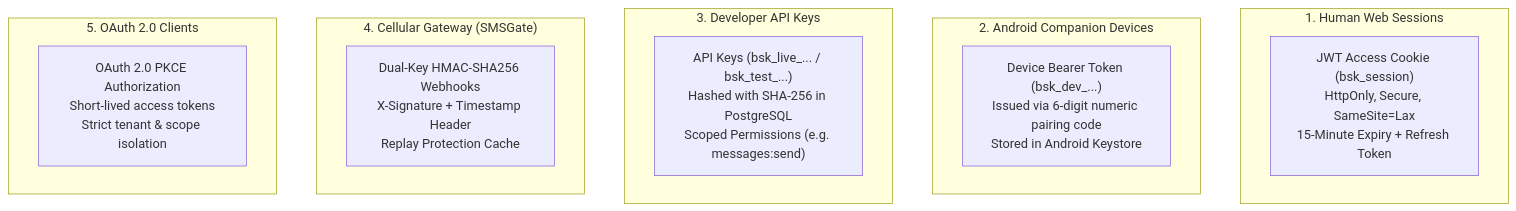
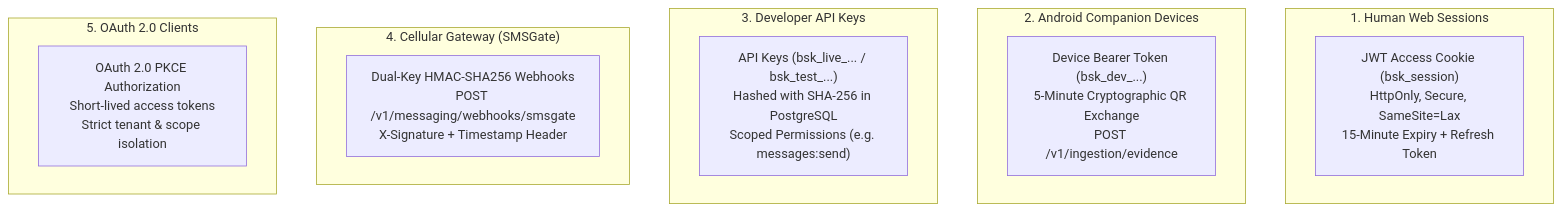
One commit to realmadede/BriskSMS changed the diagram in docs/reports/STAGING_SECURITY_CHECKLIST.md. Above: the diagram before and after it, drawn with Mermaid. The commit also changed other lines of this file and 4 other files, not shown here.

````diff
--- a/docs/reports/STAGING_SECURITY_CHECKLIST.md
+++ b/docs/reports/STAGING_SECURITY_CHECKLIST.md
@@ -25,22 +25,22 @@
 ```mermaid
 graph TD
     subgraph Boundary_1["1. Human Web Sessions"]
         B1["JWT Access Cookie (bsk_session)<br/>HttpOnly, Secure, SameSite=Lax<br/>15-Minute Expiry + Refresh Token"]
     end
 
     subgraph Boundary_2["2. Android Companion Devices"]
-        B2["Device Bearer Token (bsk_dev_...)<br/>Issued via 6-digit numeric pairing code<br/>Stored in Android Keystore"]
+        B2["Device Bearer Token (bsk_dev_...)<br/>5-Minute Cryptographic QR Exchange<br/>POST /v1/ingestion/evidence"]
     end
 
     subgraph Boundary_3["3. Developer API Keys"]
         B3["API Keys (bsk_live_... / bsk_test_...)<br/>Hashed with SHA-256 in PostgreSQL<br/>Scoped Permissions (e.g. messages:send)"]
     end
 
     subgraph Boundary_4["4. Cellular Gateway (SMSGate)"]
-        B4["Dual-Key HMAC-SHA256 Webhooks<br/>X-Signature + Timestamp Header<br/>Replay Protection Cache"]
+        B4["Dual-Key HMAC-SHA256 Webhooks<br/>POST /v1/messaging/webhooks/smsgate<br/>X-Signature + Timestamp Header"]
     end
 
     subgraph Boundary_5["5. OAuth 2.0 Clients"]
         B5["OAuth 2.0 PKCE Authorization<br/>Short-lived access tokens<br/>Strict tenant & scope isolation"]
     end
 ```
````
